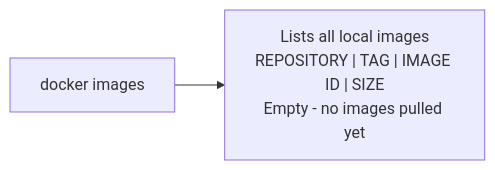
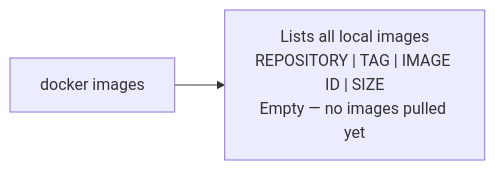
One commit to ajeetchouksey/ajch_platform changed the second of 9 diagrams in public/content/blog/posts/docker-3.md. Above: the diagram before and after it, drawn with Mermaid. The commit also changed other lines of this file and 5 other files, not shown here.

````diff
--- a/public/content/blog/posts/docker-3.md
+++ b/public/content/blog/posts/docker-3.md
@@ -82,4 +79,4 @@
 ```mermaid
 flowchart LR
-  CMD["docker images"] --> OUT["Lists all local images\nREPOSITORY | TAG | IMAGE ID | SIZE\nEmpty - no images pulled yet"]
+  CMD["docker images"] --> OUT["Lists all local images\nREPOSITORY | TAG | IMAGE ID | SIZE\nEmpty — no images pulled yet"]
 ```
````
